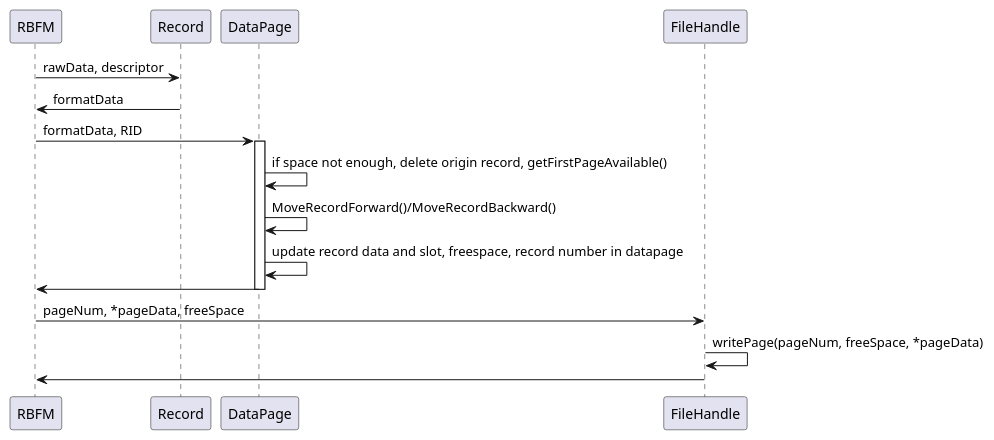
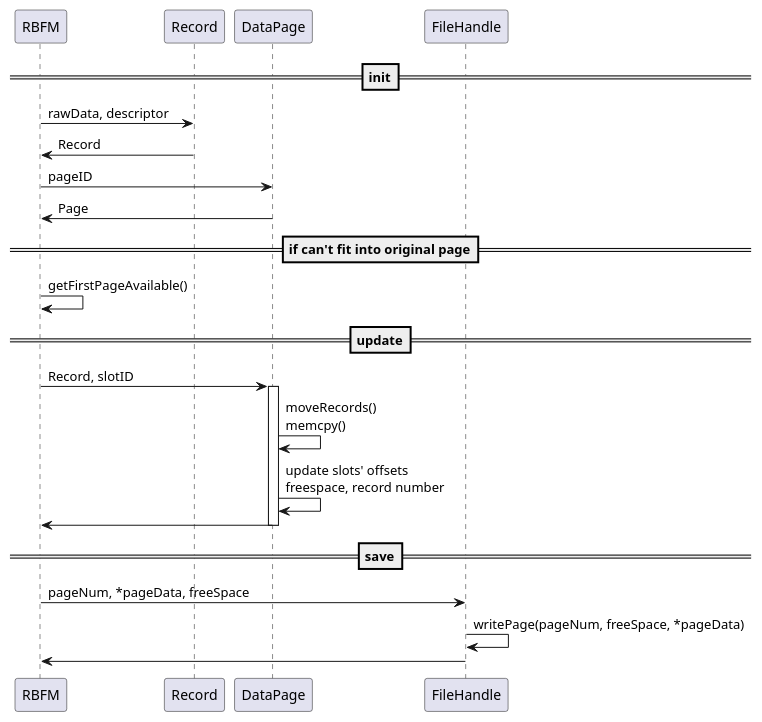
Before and after one commit to gyh1621/SimpleDatabase: the diagram in docs/update.puml, drawn with PlantUML. The commit also changed 4 other files, not shown here.

Commit message:
fix Record(*data), add moveRecords

```diff
--- a/docs/update.puml
+++ b/docs/update.puml
@@ -1,20 +1,29 @@
 @startuml
 
 participant RBFM as R
 participant Record as RC
 participant DataPage as D
 participant FileHandle as F
 
+==init==
 R -> RC: rawData, descriptor
-RC -> R: formatData
-R -> D: formatData, RID
+RC -> R: Record
+R -> D: pageID
+D -> R: Page
+
+==if can't fit into original page==
+R -> R: getFirstPageAvailable()
+
+==update==
+R -> D: Record, slotID
 activate D
-D -> D: if space not enough, delete origin record, getFirstPageAvailable()
-D -> D: MoveRecordForward()/MoveRecordBackward()
-D -> D: update record data and slot, freespace, record number in datapage
+D -> D: moveRecords()\nmemcpy()
+D -> D: update slots' offsets\nfreespace, record number
 D -> R
 deactivate D
+
+==save==
 R -> F: pageNum, *pageData, freeSpace
 F -> F: writePage(pageNum, freeSpace, *pageData)
 F -> R
 @enduml
```
